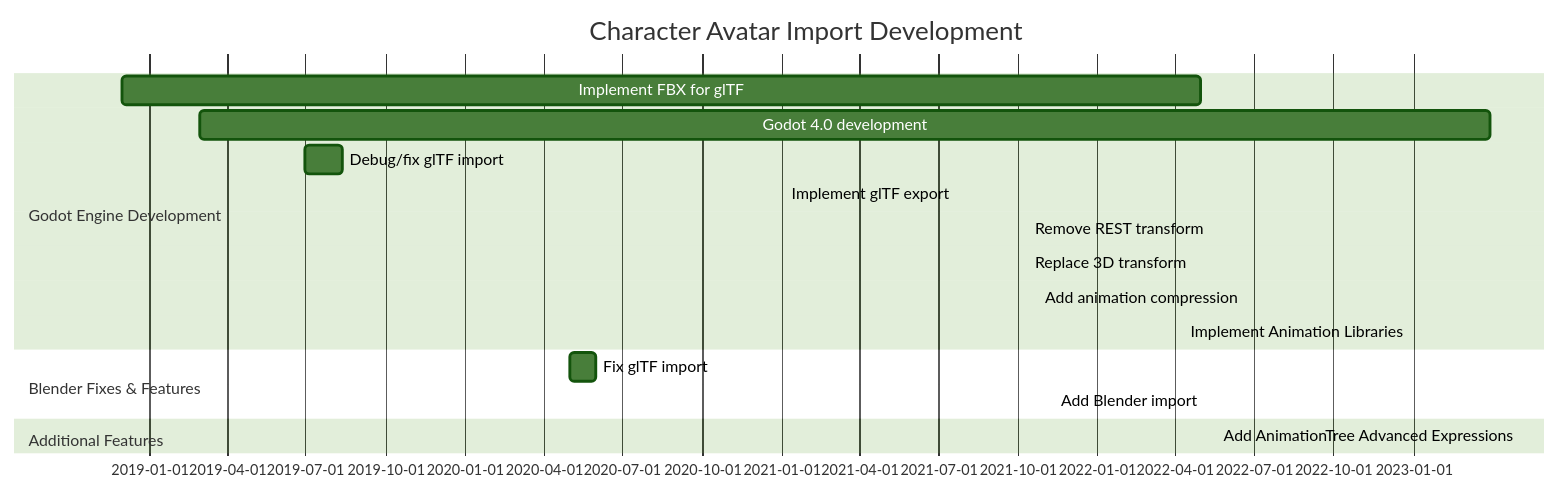
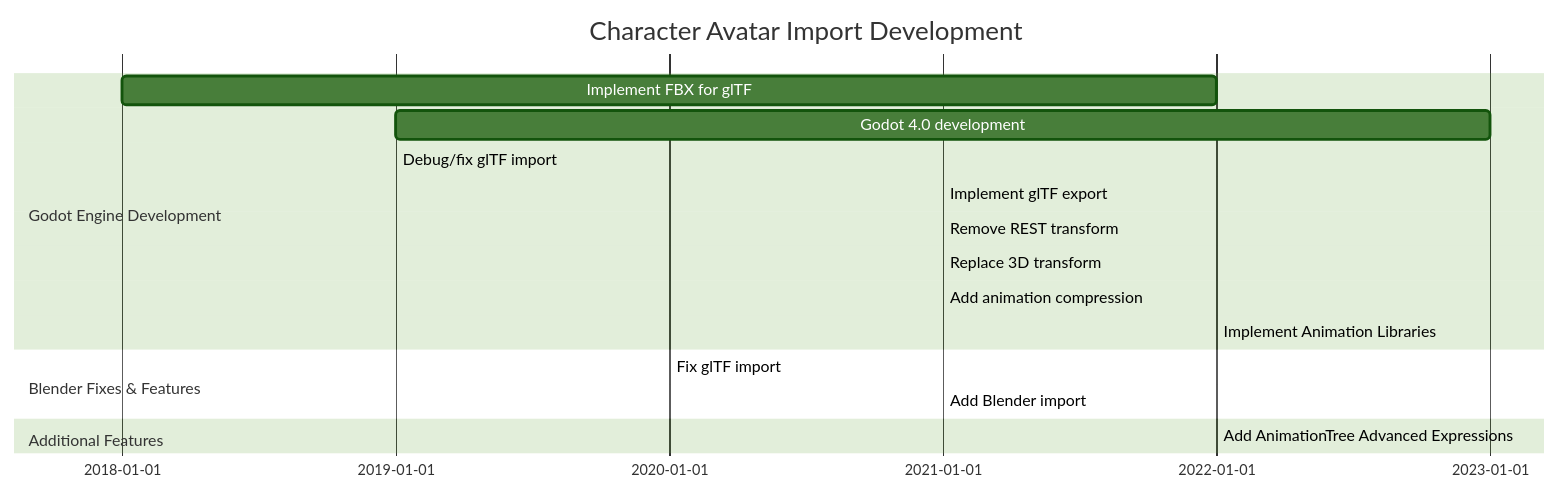
One commit to V-Sekai/manuals changed the diagram in be_an_avatar_visit_places.qmd. Above: the diagram before and after it, drawn with Mermaid (forest theme).

Commit message:
Update timeline.

````diff
--- a/be_an_avatar_visit_places.qmd
+++ b/be_an_avatar_visit_places.qmd
@@ -54,22 +54,22 @@
 ```{mermaid}
 gantt
-    dateFormat  YYYY-MM-DD
+    dateFormat  YYYY
     title       Character Avatar Import Development
 
     section Godot Engine Development
-    Implement FBX for glTF :a1, 2018-12-01, 2022-04-30
-    Godot 4.0 development  :a5, 2019-03-01, 2023-03-31
-    Debug/fix glTF import  :a2, 2019-07-01, 2019-08-12
-    Implement glTF export  :a4, 2021-01-04, 2021-01-04
-    Remove REST transform  :a10, 2021-10-13, 2021-10-13
-    Replace 3D transform   :a11, 2021-10-13, 2021-10-13
-    Add animation compression :a8, 2021-10-25, 2021-10-25
-    Implement Animation Libraries :a6, 2022-04-11, 2022-04-11
+    Implement FBX for glTF :a1, 2018, 2022
+    Godot 4.0 development  :a5, 2019, 2023
+    Debug/fix glTF import  :a2, 2019, 2019
+    Implement glTF export  :a4, 2021, 2021
+    Remove REST transform  :a10, 2021, 2021
+    Replace 3D transform   :a11, 2021, 2021
+    Add animation compression :a8, 2021, 2021
+    Implement Animation Libraries :a6, 2022, 2022
 
     section Blender Fixes & Features
-    Fix glTF import        :a3, 2020-05-01, 2020-05-31
-    Add Blender import     :a7, 2021-11-11, 2021-11-11
+    Fix glTF import        :a3, 2020, 2020
+    Add Blender import     :a7, 2021, 2021
 
     section Additional Features
-    Add AnimationTree Advanced Expressions :a9, 2022-05-19, 2022-05-19
+    Add AnimationTree Advanced Expressions :a9, 2022, 2022
 ```
````
